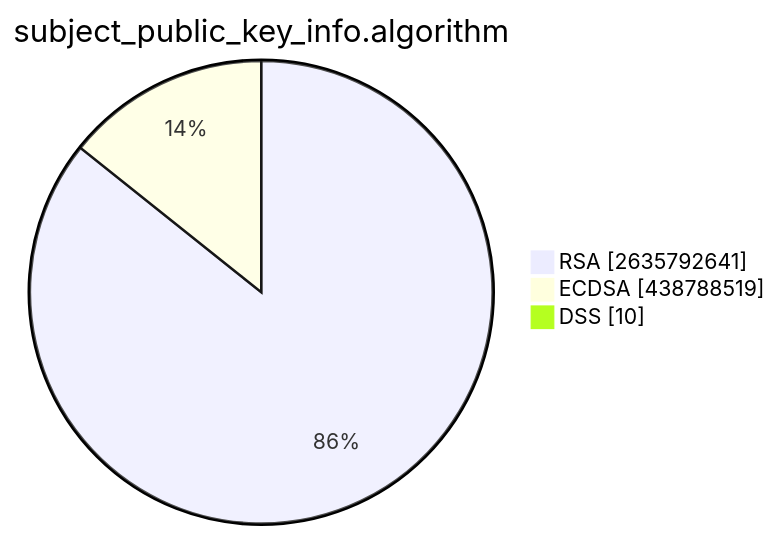
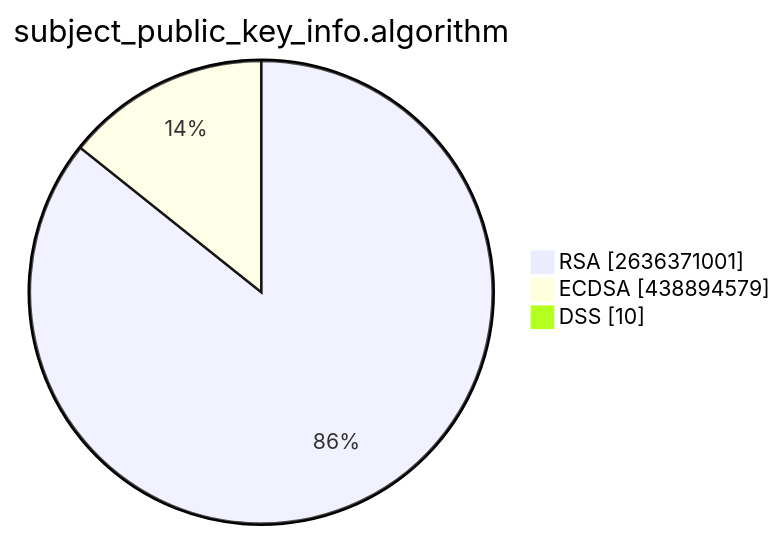
One commit to christiankrug/ctmonitor_visualization changed the second of 15 diagrams in TOTAL/README.md. Above: the diagram before and after it, drawn with Mermaid. The commit also changed other lines of this file, not shown here.

````diff
--- a/TOTAL/README.md
+++ b/TOTAL/README.md
@@ -6,7 +6,7 @@
 ```mermaid
 pie showData
 title subject_public_key_info.algorithm
-"RSA" :2635792641
-"ECDSA" :438788519
+"RSA" :2636371001
+"ECDSA" :438894579
 "DSS" :10
 ```
````
